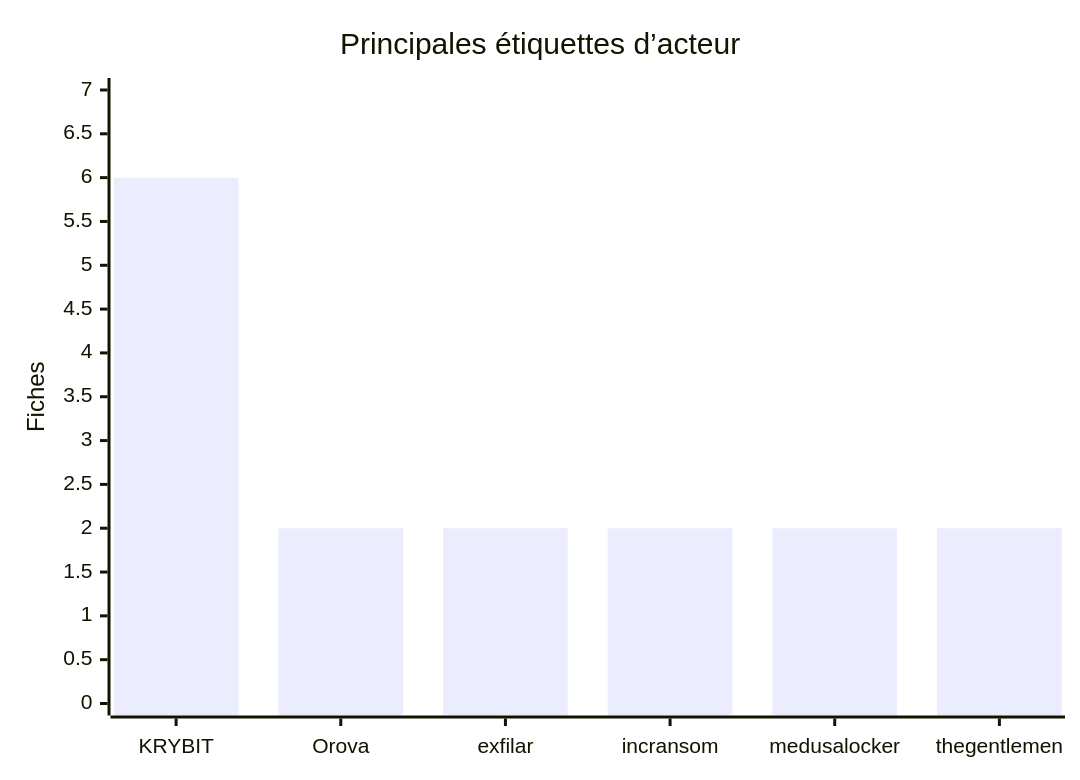
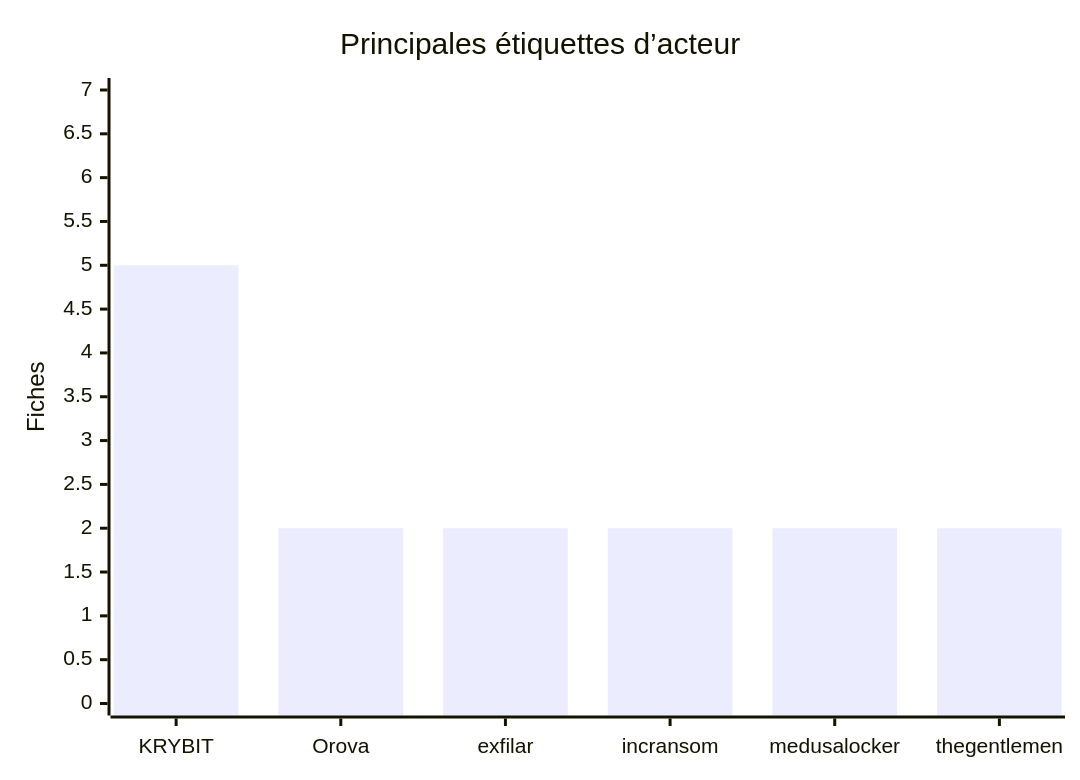
The diagram in visual-intelligence/08-august/actors_august_2026_fr.md (Hatchepsoute/AFRINTEL), drawn with Mermaid before and after one commit. The commit also changed other lines of this file and 401 other files, not shown here.

````diff
--- a/visual-intelligence/08-august/actors_august_2026_fr.md
+++ b/visual-intelligence/08-august/actors_august_2026_fr.md
@@ -3,7 +3,7 @@
 ```mermaid
 xychart-beta
     title "Principales étiquettes d’acteur"
     x-axis [KRYBIT, Orova, exfilar, incransom, medusalocker, thegentlemen]
     y-axis "Fiches" 0 --> 7
-    bar [6, 2, 2, 2, 2, 2]
+    bar [5, 2, 2, 2, 2, 2]
 ```
````
